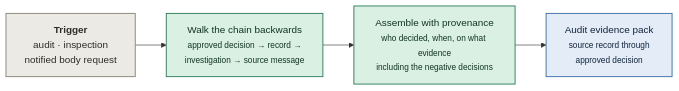
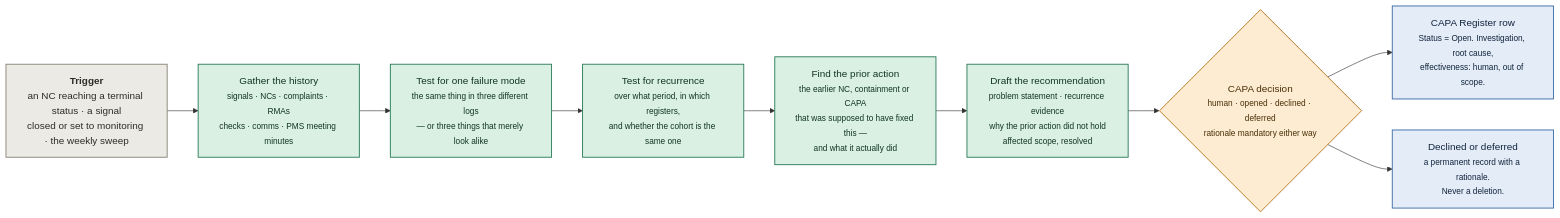
Before and after one commit to Tchanwangsa/forward-hack: the ninth of 9 diagrams in plan/DIAGRAMS.md, drawn with Mermaid. The commit also changed other lines of this file and 15 other files, not shown here.

````diff
--- a/plan/DIAGRAMS.md
+++ b/plan/DIAGRAMS.md
@@ -258,14 +293,23 @@
 ```mermaid
 flowchart LR
-  T["<b>Trigger</b><br/>audit · inspection<br/>notified body request"]
-  A1["Walk the chain backwards<br/><small>approved decision → record →<br/>investigation → source message</small>"]
-  A2["Assemble with provenance<br/><small>who decided, when, on what evidence<br/>including the negative decisions</small>"]
-  O["Audit evidence pack<br/><small>source record through<br/>approved decision</small>"]
-  T --> A1 --> A2 --> O
+  T["<b>Trigger</b><br/>an NC reaching a terminal status · a signal<br/>closed or set to monitoring · the weekly sweep"]
+  A1["Gather the history<br/><small>signals · NCs · complaints · RMAs<br/>checks · comms · PMS meeting minutes</small>"]
+  A2["Test for one failure mode<br/><small>the same thing in three different logs<br/>— or three things that merely look alike</small>"]
+  A3["Test for recurrence<br/><small>over what period, in which registers,<br/>and whether the cohort is the same one</small>"]
+  A4["Find the prior action<br/><small>the earlier NC, containment or CAPA<br/>that was supposed to have fixed this —<br/>and what it actually did</small>"]
+  A5["Draft the recommendation<br/><small>problem statement · recurrence evidence<br/>why the prior action did not hold<br/>affected scope, resolved</small>"]
+  G{"CAPA decision<br/><small>human · opened · declined · deferred<br/>rationale mandatory either way</small>"}
+  O1["CAPA Register row<br/><small>Status = Open. Investigation, root cause,<br/>effectiveness: human, out of scope.</small>"]
+  O2["Declined or deferred<br/><small>a permanent record with a rationale.<br/>Never a deletion.</small>"]
+  T --> A1 --> A2 --> A3 --> A4 --> A5 --> G
+  G --> O1
+  G --> O2
   classDef trigger fill:#eceae5,stroke:#8a8578,stroke-width:1.5px,color:#2e2c27
   classDef agent fill:#d9f0e3,stroke:#2f7d5d,stroke-width:1.5px,color:#12351f
+  classDef gate fill:#fdecd2,stroke:#b8761f,stroke-width:1.5px,color:#4a2f07
   classDef out fill:#e3ecf7,stroke:#3f6ea8,stroke-width:1.5px,color:#12253d
   class T trigger
-  class A1,A2 agent
-  class O out
+  class A1,A2,A3,A4,A5 agent
+  class G gate
+  class O1,O2 out
 ```
````
